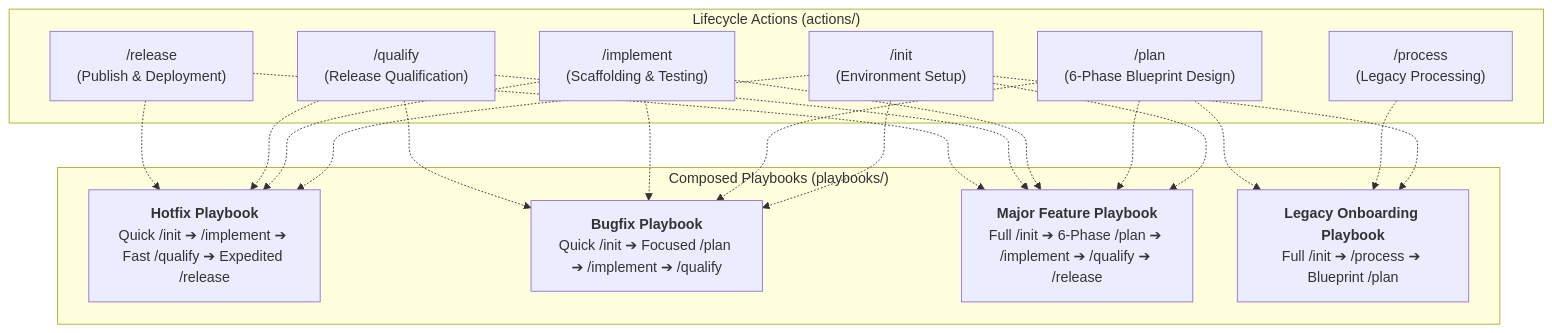
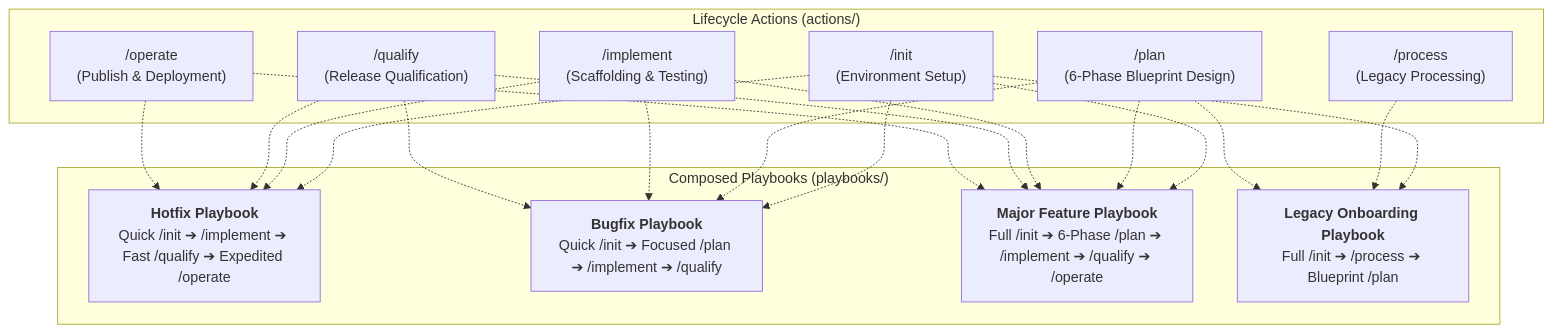
The diagram in README.md (hrvthgergo/agent-driven-templates), drawn with Mermaid before and after one commit. The commit also changed other lines of this file and 22 other files, not shown here.

First line of the commit message:
refactor(operate): rename /release action to /operate

````diff
--- a/README.md
+++ b/README.md
@@ -143,38 +143,38 @@
 ```mermaid
 graph TD
     subgraph "Lifecycle Actions (actions/)"
         Init["/init<br/>(Environment Setup)"]
         Process["/process<br/>(Legacy Processing)"]
         Plan["/plan<br/>(6-Phase Blueprint Design)"]
         Implement["/implement<br/>(Scaffolding & Testing)"]
         Qualify["/qualify<br/>(Release Qualification)"]
-        Release["/release<br/>(Publish & Deployment)"]
+        Release["/operate<br/>(Publish & Deployment)"]
     end
 
     subgraph "Composed Playbooks (playbooks/)"
-        Hotfix["<b>Hotfix Playbook</b><br/>Quick /init ➔ /implement ➔ Fast /qualify ➔ Expedited /release"]
+        Hotfix["<b>Hotfix Playbook</b><br/>Quick /init ➔ /implement ➔ Fast /qualify ➔ Expedited /operate"]
         Bugfix["<b>Bugfix Playbook</b><br/>Quick /init ➔ Focused /plan ➔ /implement ➔ /qualify"]
-        Feature["<b>Major Feature Playbook</b><br/>Full /init ➔ 6-Phase /plan ➔ /implement ➔ /qualify ➔ /release"]
+        Feature["<b>Major Feature Playbook</b><br/>Full /init ➔ 6-Phase /plan ➔ /implement ➔ /qualify ➔ /operate"]
         Legacy["<b>Legacy Onboarding Playbook</b><br/>Full /init ➔ /process ➔ Blueprint /plan"]
     end
 
     Init -.-> Hotfix
     Implement -.-> Hotfix
     Qualify -.-> Hotfix
     Release -.-> Hotfix
 
     Init -.-> Bugfix
     Plan -.-> Bugfix
     Implement -.-> Bugfix
     Qualify -.-> Bugfix
 
     Init -.-> Feature
     Plan -.-> Feature
     Implement -.-> Feature
     Qualify -.-> Feature
     Release -.-> Feature
 
     Init -.-> Legacy
     Process -.-> Legacy
     Plan -.-> Legacy
 ```
````
